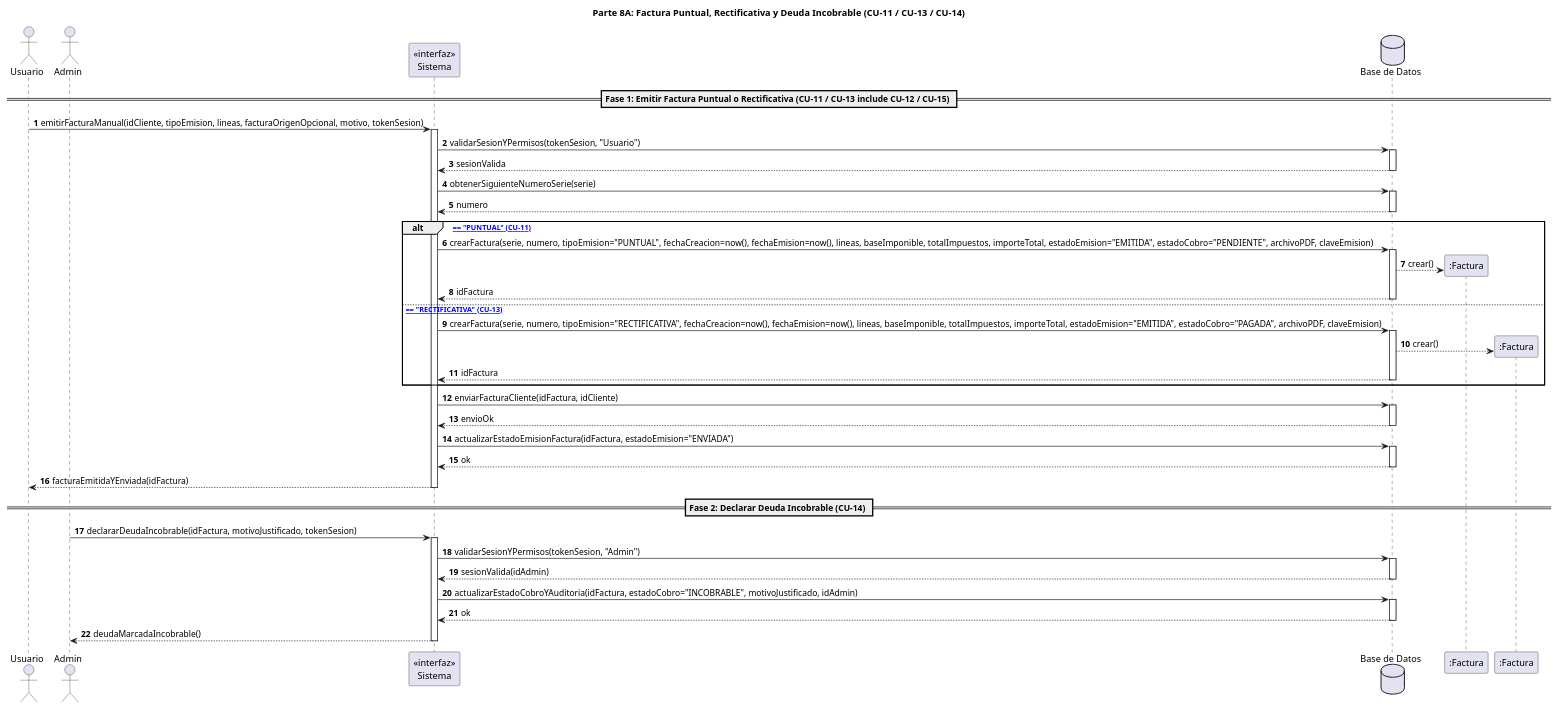
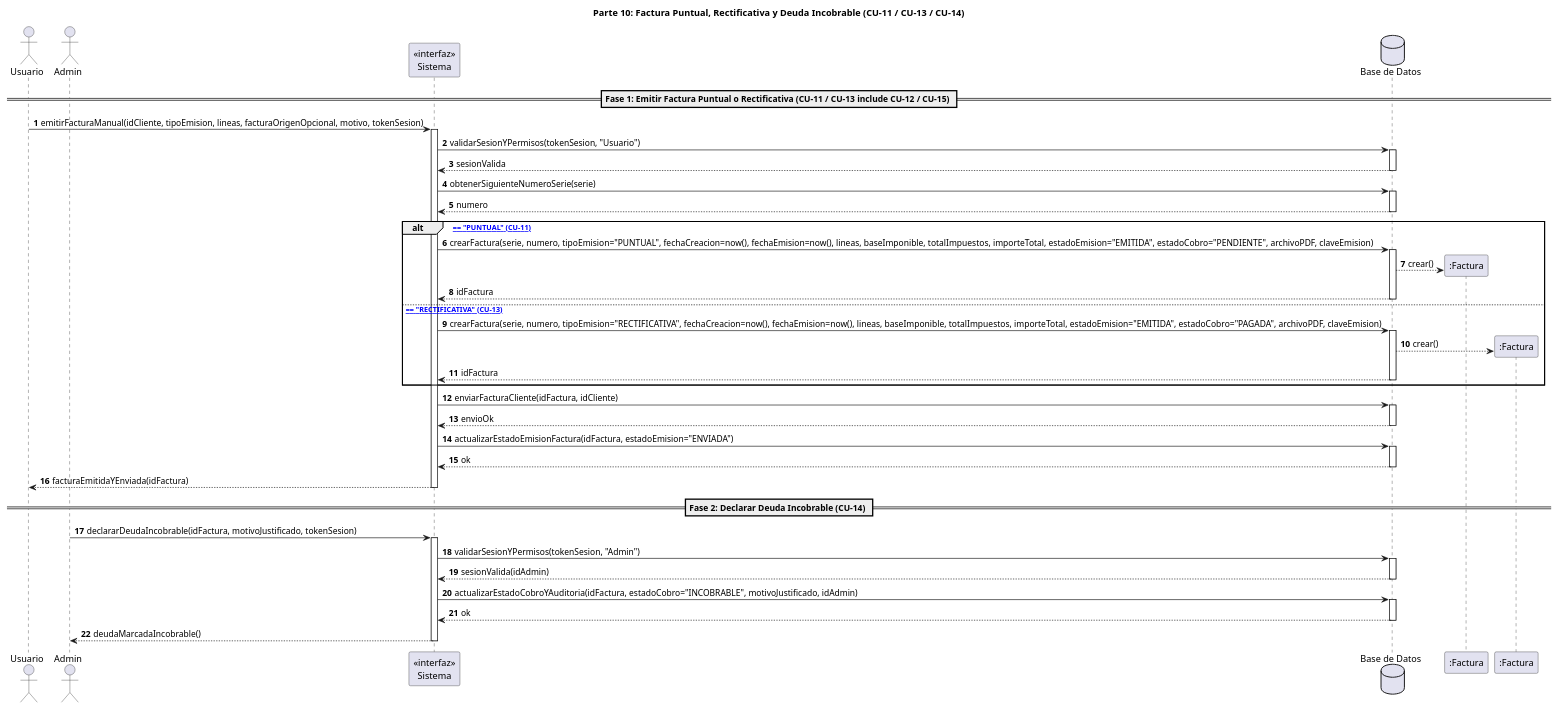
Before and after one commit to Ragavez/TurbineHuclides: the tenth of 13 diagrams in Parcial 2/DiagramaSecuenciaUML/diagramas_de_secuencia_Codigo.md, drawn with PlantUML. The commit also changed other lines of this file, not shown here.

Commit message:
Corrección código parte 6

````diff
--- a/Parcial 2/DiagramaSecuenciaUML/diagramas_de_secuencia_Codigo.md
+++ b/Parcial 2/DiagramaSecuenciaUML/diagramas_de_secuencia_Codigo.md
@@ -745,73 +745,73 @@
 ```plantuml
 @startuml
 autonumber
-title Parte 8A: Factura Puntual, Rectificativa y Deuda Incobrable (CU-11 / CU-13 / CU-14)
+title Parte 10: Factura Puntual, Rectificativa y Deuda Incobrable (CU-11 / CU-13 / CU-14)
 
 actor "Usuario" as Operativo
 actor "Admin" as Admin
 participant "«interfaz»\nSistema" as Sistema
 database "Base de Datos" as BD
 
 == Fase 1: Emitir Factura Puntual o Rectificativa (CU-11 / CU-13 include CU-12 / CU-15) ==
 
 Operativo -> Sistema : emitirFacturaManual(idCliente, tipoEmision, lineas, facturaOrigenOpcional, motivo, tokenSesion)
 activate Sistema
 
 Sistema -> BD : validarSesionYPermisos(tokenSesion, "Usuario")
 activate BD
 BD --> Sistema : sesionValida
 deactivate BD
 
 Sistema -> BD : obtenerSiguienteNumeroSerie(serie)
 activate BD
 BD --> Sistema : numero
 deactivate BD
 
 alt [tipoEmision == "PUNTUAL" (CU-11)]
     Sistema -> BD : crearFactura(serie, numero, tipoEmision="PUNTUAL", fechaCreacion=now(), fechaEmision=now(), lineas, baseImponible, totalImpuestos, importeTotal, estadoEmision="EMITIDA", estadoCobro="PENDIENTE", archivoPDF, claveEmision)
     activate BD
     create participant ":Factura" as FactPuntual
     BD --> FactPuntual : crear()
     BD --> Sistema : idFactura
     deactivate BD
 else [tipoEmision == "RECTIFICATIVA" (CU-13)]
     Sistema -> BD : crearFactura(serie, numero, tipoEmision="RECTIFICATIVA", fechaCreacion=now(), fechaEmision=now(), lineas, baseImponible, totalImpuestos, importeTotal, estadoEmision="EMITIDA", estadoCobro="PAGADA", archivoPDF, claveEmision)
     activate BD
     create participant ":Factura" as FactRect
     BD --> FactRect : crear()
     BD --> Sistema : idFactura
     deactivate BD
 end
 
 Sistema -> BD : enviarFacturaCliente(idFactura, idCliente)
 activate BD
 BD --> Sistema : envioOk
 deactivate BD
 
 Sistema -> BD : actualizarEstadoEmisionFactura(idFactura, estadoEmision="ENVIADA")
 activate BD
 BD --> Sistema : ok
 deactivate BD
 
 Sistema --> Operativo : facturaEmitidaYEnviada(idFactura)
 deactivate Sistema
 
 == Fase 2: Declarar Deuda Incobrable (CU-14) ==
 
 Admin -> Sistema : declararDeudaIncobrable(idFactura, motivoJustificado, tokenSesion)
 activate Sistema
 
 Sistema -> BD : validarSesionYPermisos(tokenSesion, "Admin")
 activate BD
 BD --> Sistema : sesionValida(idAdmin)
 deactivate BD
 
 Sistema -> BD : actualizarEstadoCobroYAuditoria(idFactura, estadoCobro="INCOBRABLE", motivoJustificado, idAdmin)
 activate BD
 BD --> Sistema : ok
 deactivate BD
 
 Sistema --> Admin : deudaMarcadaIncobrable()
 deactivate Sistema
 @enduml
 ```
````
